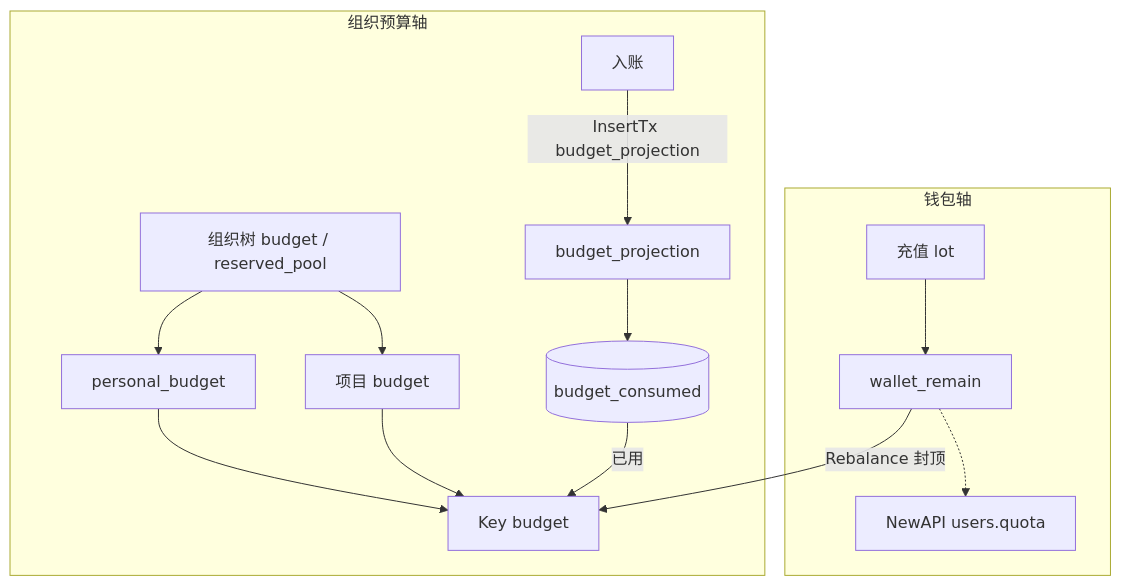
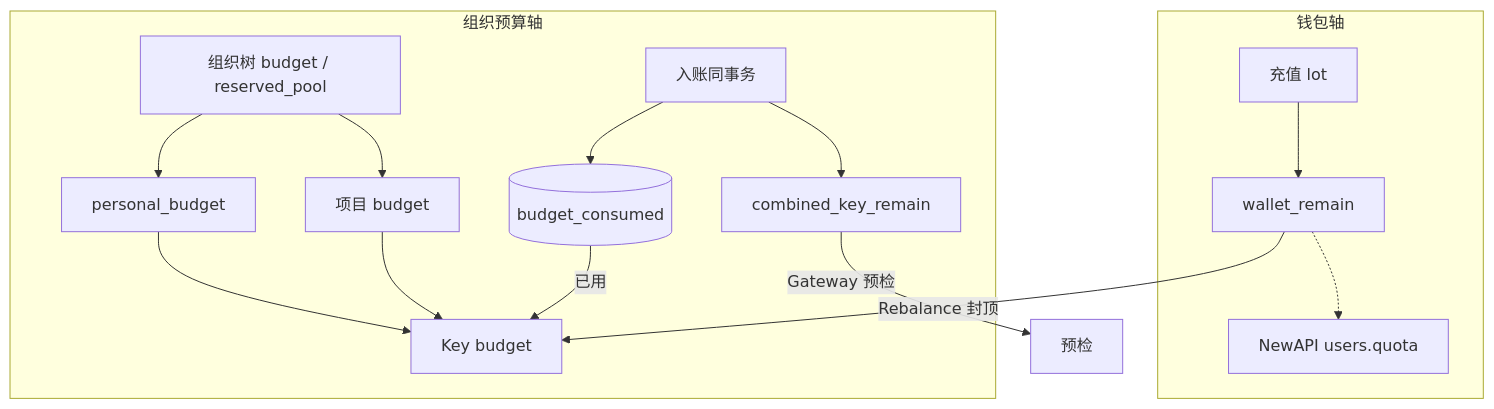
One commit to quyip8818/mytokenjoy changed the second of 10 diagrams in docs/Backend-预算.md. Above: the diagram before and after it, drawn with Mermaid. The commit also changed other lines of this file and 99 other files, not shown here.

````diff
--- a/docs/Backend-预算.md
+++ b/docs/Backend-预算.md
@@ -64,20 +64,21 @@
 ```mermaid
 flowchart TB
   subgraph wallet [钱包轴]
     LOT[充值 lot] --> BAL[wallet_remain]
     BAL -.-> NA_W[NewAPI users.quota]
   end
 
   subgraph org [组织预算轴]
     TREE[组织树 budget / reserved_pool]
     TREE --> MEM[personal_budget]
     TREE --> BG[项目 budget]
     MEM & BG --> PK[Key budget]
     SNAP[(budget_consumed)]
-    ING[入账] -->|InsertTx budget_projection| JOB[budget_projection]
-    JOB --> SNAP
+    ING[入账同事务] --> SNAP
+    ING --> CK[combined_key_remain]
   end
 
   BAL -->|Rebalance 封顶| PK
   SNAP -->|已用| PK
+  CK -->|Gateway 预检| GW[预检]
 ```
````
